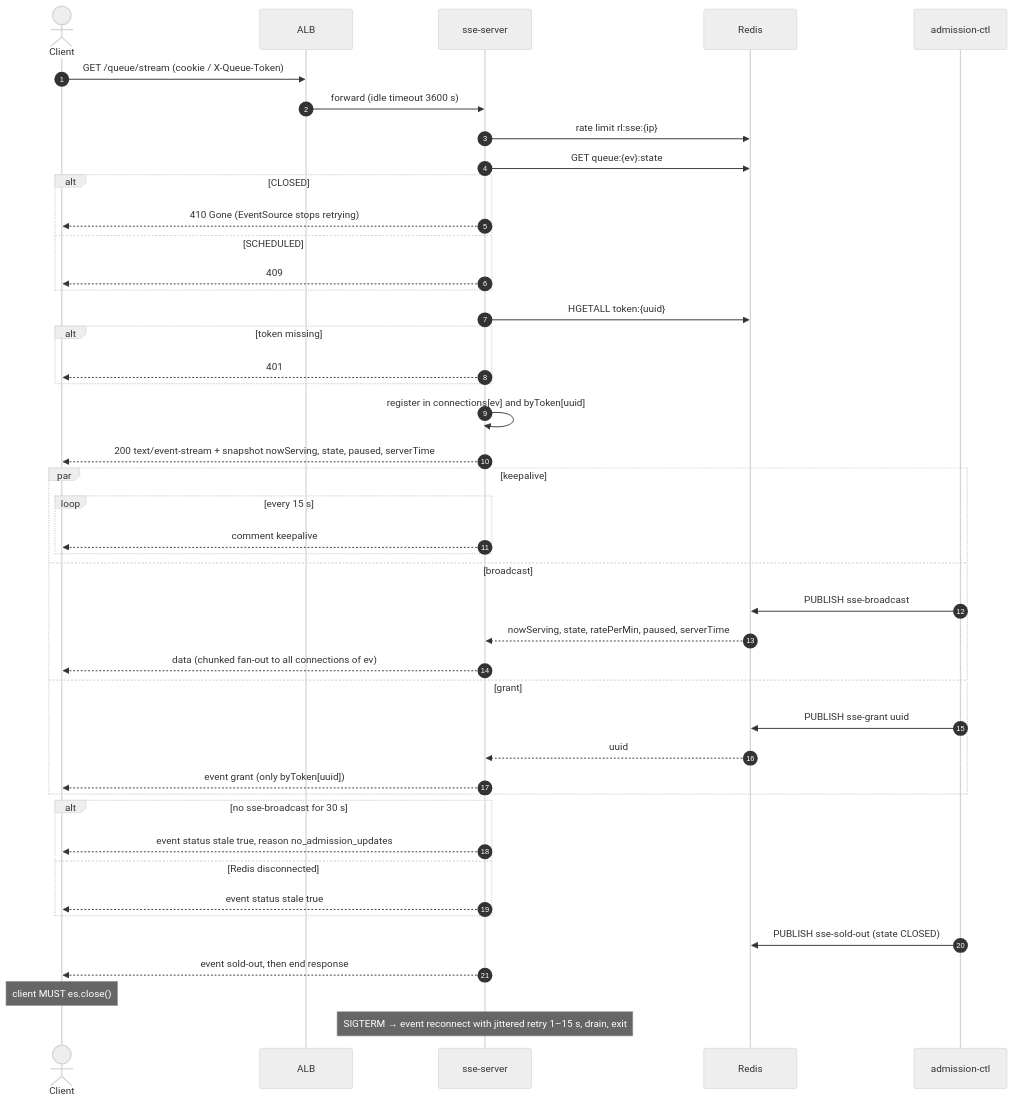
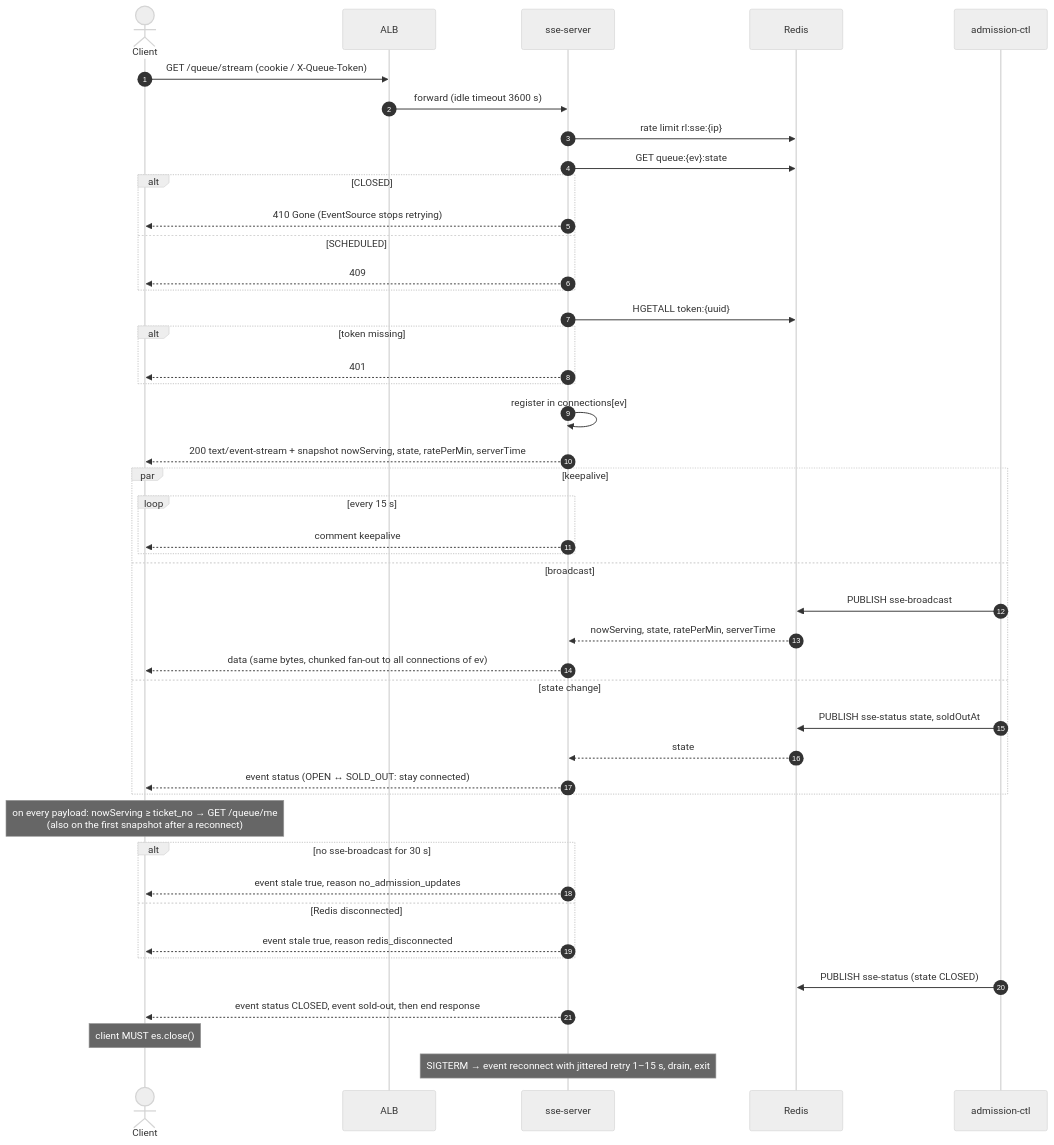
One commit to PTServerJanganTumbang-BookingTicket/be-rusuh-war-ticketing changed the diagram in docs/04-queue/02-queue-status-stream.md. Above: the diagram before and after it, drawn with Mermaid (neutral theme). The commit also changed other lines of this file and 19 other files, not shown here.

````diff
--- a/docs/04-queue/02-queue-status-stream.md
+++ b/docs/04-queue/02-queue-status-stream.md
@@ -20,51 +32,53 @@
 ```mermaid
 sequenceDiagram
     autonumber
     actor C as Client
     participant ALB
     participant S as sse-server
     participant R as Redis
     participant CTL as admission-ctl
 
     C->>ALB: GET /queue/stream (cookie / X-Queue-Token)
     ALB->>S: forward (idle timeout 3600 s)
     S->>R: rate limit rl:sse:{ip}
     S->>R: GET queue:{ev}:state
     alt CLOSED
         S-->>C: 410 Gone (EventSource stops retrying)
     else SCHEDULED
         S-->>C: 409
     end
     S->>R: HGETALL token:{uuid}
     alt token missing
         S-->>C: 401
     end
-    S->>S: register in connections[ev] and byToken[uuid]
-    S-->>C: 200 text/event-stream + snapshot nowServing, state, paused, serverTime
+    S->>S: register in connections[ev]
+    S-->>C: 200 text/event-stream + snapshot nowServing, state, ratePerMin, serverTime
 
     par keepalive
         loop every 15 s
             S-->>C: comment keepalive
         end
     and broadcast
         CTL->>R: PUBLISH sse-broadcast
-        R-->>S: nowServing, state, ratePerMin, paused, serverTime
-        S-->>C: data (chunked fan-out to all connections of ev)
-    and grant
-        CTL->>R: PUBLISH sse-grant uuid
-        R-->>S: uuid
-        S-->>C: event grant (only byToken[uuid])
+        R-->>S: nowServing, state, ratePerMin, serverTime
+        S-->>C: data (same bytes, chunked fan-out to all connections of ev)
+    and state change
+        CTL->>R: PUBLISH sse-status state, soldOutAt
+        R-->>S: state
+        S-->>C: event status (OPEN ↔ SOLD_OUT: stay connected)
     end
 
+    Note over C: on every payload: nowServing ≥ ticket_no → GET /queue/me<br/>(also on the first snapshot after a reconnect)
+
     alt no sse-broadcast for 30 s
-        S-->>C: event status stale true, reason no_admission_updates
+        S-->>C: event stale true, reason no_admission_updates
     else Redis disconnected
-        S-->>C: event status stale true
+        S-->>C: event stale true, reason redis_disconnected
     end
 
-    CTL->>R: PUBLISH sse-sold-out (state CLOSED)
-    S-->>C: event sold-out, then end response
+    CTL->>R: PUBLISH sse-status (state CLOSED)
+    S-->>C: event status CLOSED, event sold-out, then end response
     Note over C: client MUST es.close()
 
     Note over S: SIGTERM → event reconnect with jittered retry 1–15 s, drain, exit
 ```
````
